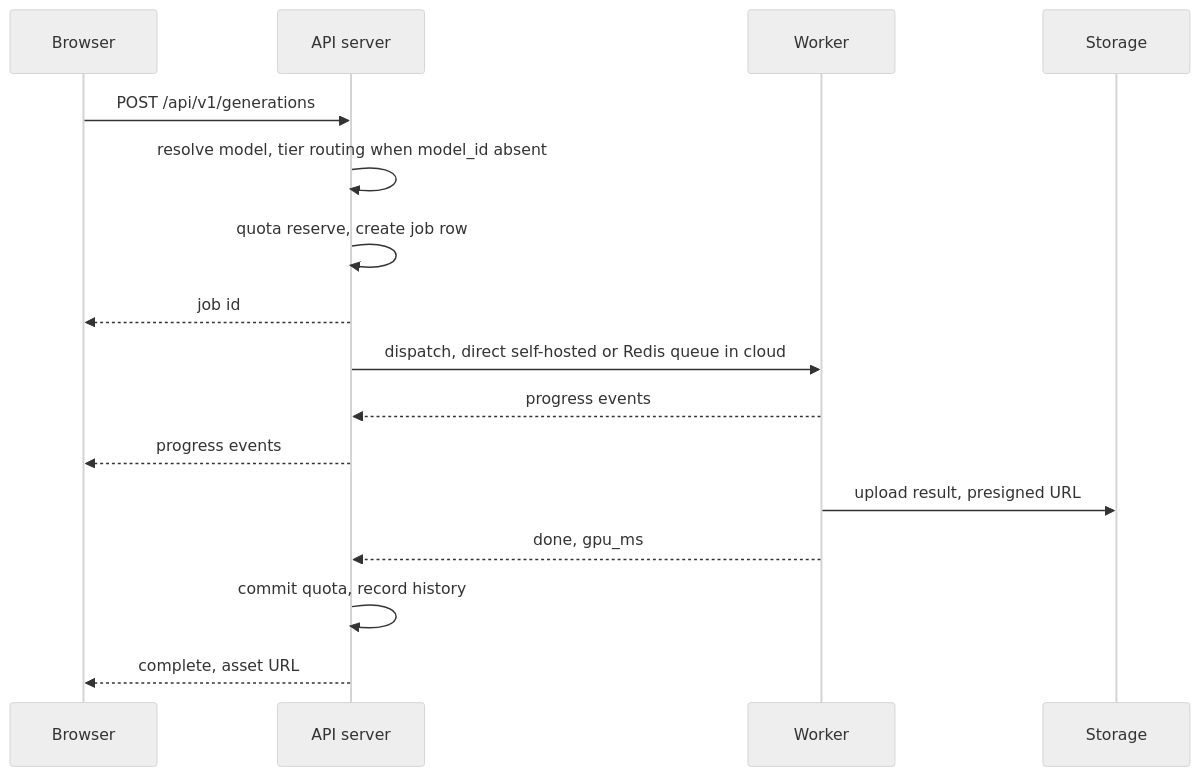
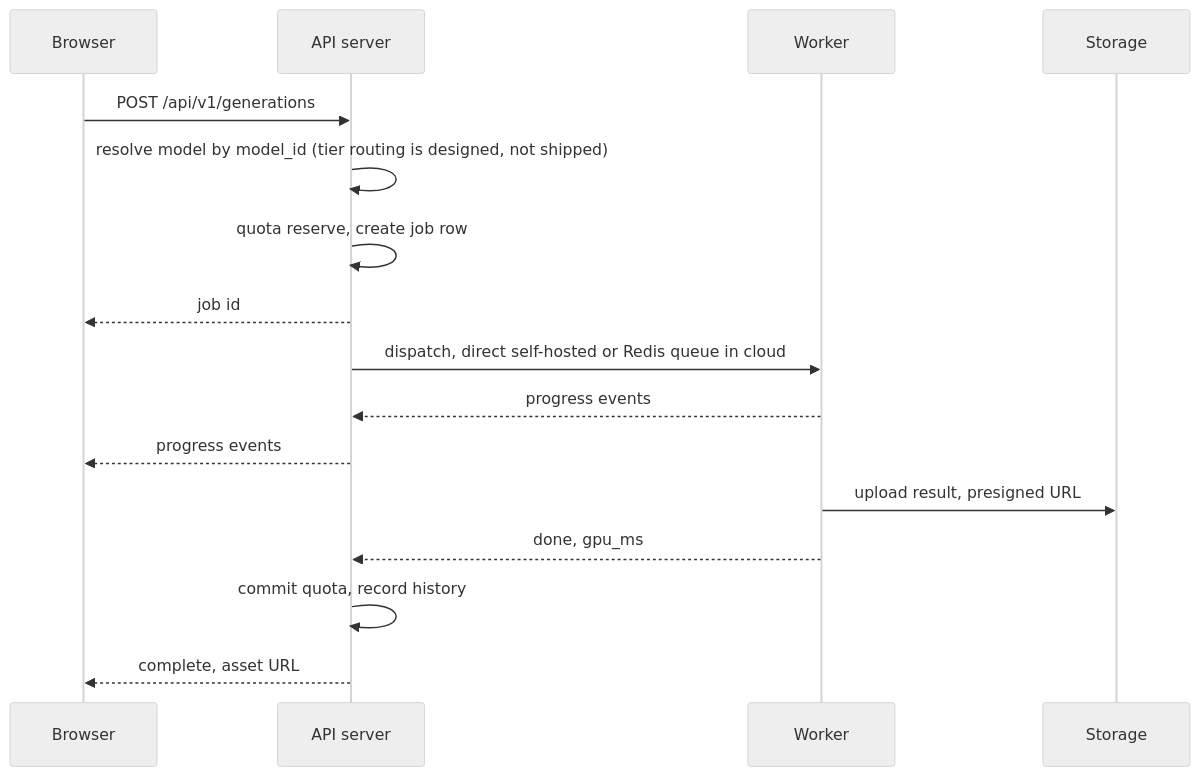
The sixth of 12 diagrams in docs/architecture.md (Portocolom-Studio/potocolom), drawn with Mermaid (neutral theme) before and after one commit. The commit also changed other lines of this file and 5 other files, not shown here.

````diff
--- a/docs/architecture.md
+++ b/docs/architecture.md
@@ -194,18 +196,18 @@
 ```mermaid
 sequenceDiagram
     participant B as Browser
     participant A as API server
     participant W as Worker
     participant S as Storage
     B->>A: POST /api/v1/generations
-    A->>A: resolve model, tier routing when model_id absent
+    A->>A: resolve model by model_id (tier routing is designed, not shipped)
     A->>A: quota reserve, create job row
     A-->>B: job id
     A->>W: dispatch, direct self-hosted or Redis queue in cloud
     W-->>A: progress events
     A-->>B: progress events
     W->>S: upload result, presigned URL
     W-->>A: done, gpu_ms
     A->>A: commit quota, record history
     A-->>B: complete, asset URL
 ```
````
